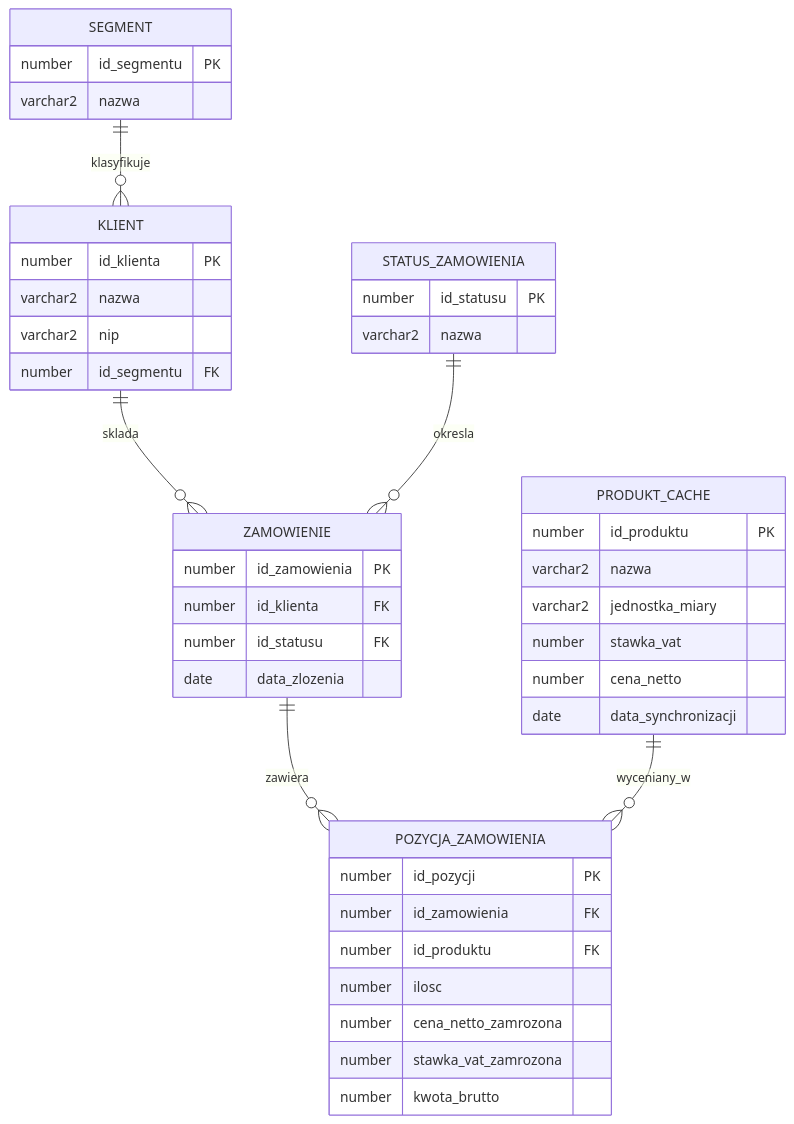
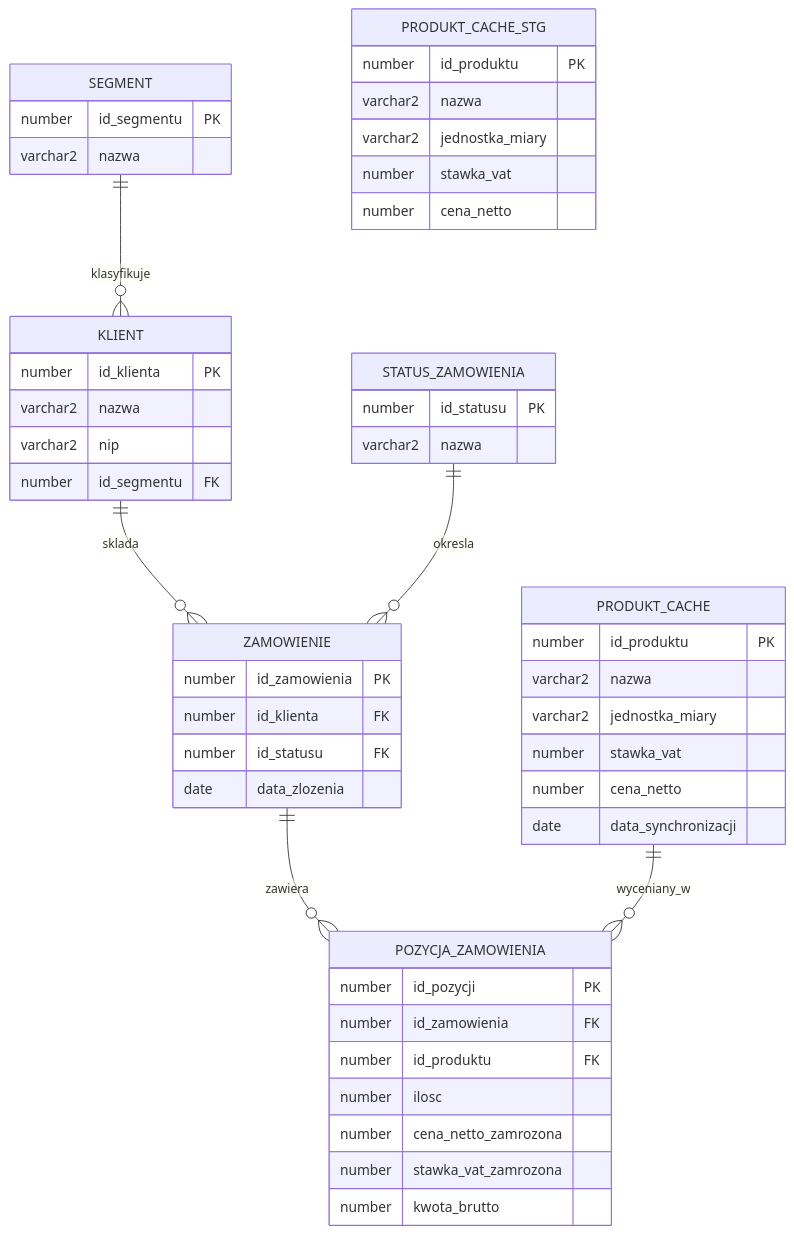
One commit to MattyMroz/Bazy_Danych changed the fourth of 6 diagrams in RBZ/PROJEKT/HiDPPS.md. Above: the diagram before and after it, drawn with Mermaid. The commit also changed other lines of this file, not shown here.

Commit message:
Dodanie tabel pomocniczych CENNIK_IMPORT i PRODUKT_CACHE_STG do dokumentacji HiDPPS oraz opis ich zastosowania w procedurach importu i synchronizacji danych.

````diff
--- a/RBZ/PROJEKT/HiDPPS.md
+++ b/RBZ/PROJEKT/HiDPPS.md
@@ -218,46 +226,53 @@
 ```mermaid
 erDiagram
     SEGMENT ||--o{ KLIENT : "klasyfikuje"
     KLIENT ||--o{ ZAMOWIENIE : "sklada"
     STATUS_ZAMOWIENIA ||--o{ ZAMOWIENIE : "okresla"
     ZAMOWIENIE ||--o{ POZYCJA_ZAMOWIENIA : "zawiera"
     PRODUKT_CACHE ||--o{ POZYCJA_ZAMOWIENIA : "wyceniany_w"
 
     SEGMENT {
         number id_segmentu PK
         varchar2 nazwa
     }
     KLIENT {
         number id_klienta PK
         varchar2 nazwa
         varchar2 nip
         number id_segmentu FK
     }
     STATUS_ZAMOWIENIA {
         number id_statusu PK
         varchar2 nazwa
     }
     ZAMOWIENIE {
         number id_zamowienia PK
         number id_klienta FK
         number id_statusu FK
         date data_zlozenia
     }
     POZYCJA_ZAMOWIENIA {
         number id_pozycji PK
         number id_zamowienia FK
         number id_produktu FK
         number ilosc
         number cena_netto_zamrozona
         number stawka_vat_zamrozona
         number kwota_brutto
     }
     PRODUKT_CACHE {
         number id_produktu PK
         varchar2 nazwa
         varchar2 jednostka_miary
         number stawka_vat
         number cena_netto
         date data_synchronizacji
     }
+    PRODUKT_CACHE_STG {
+        number id_produktu PK
+        varchar2 nazwa
+        varchar2 jednostka_miary
+        number stawka_vat
+        number cena_netto
+    }
 ```
````
